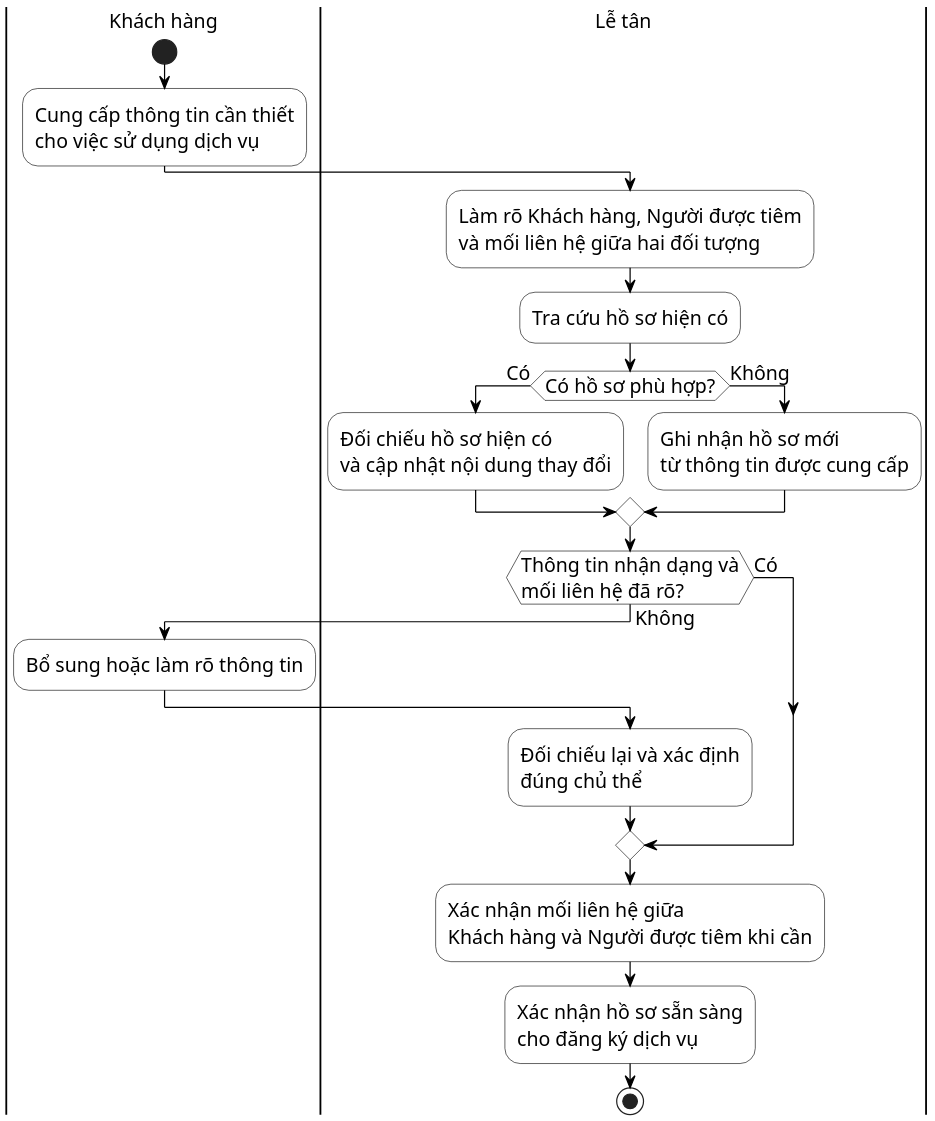
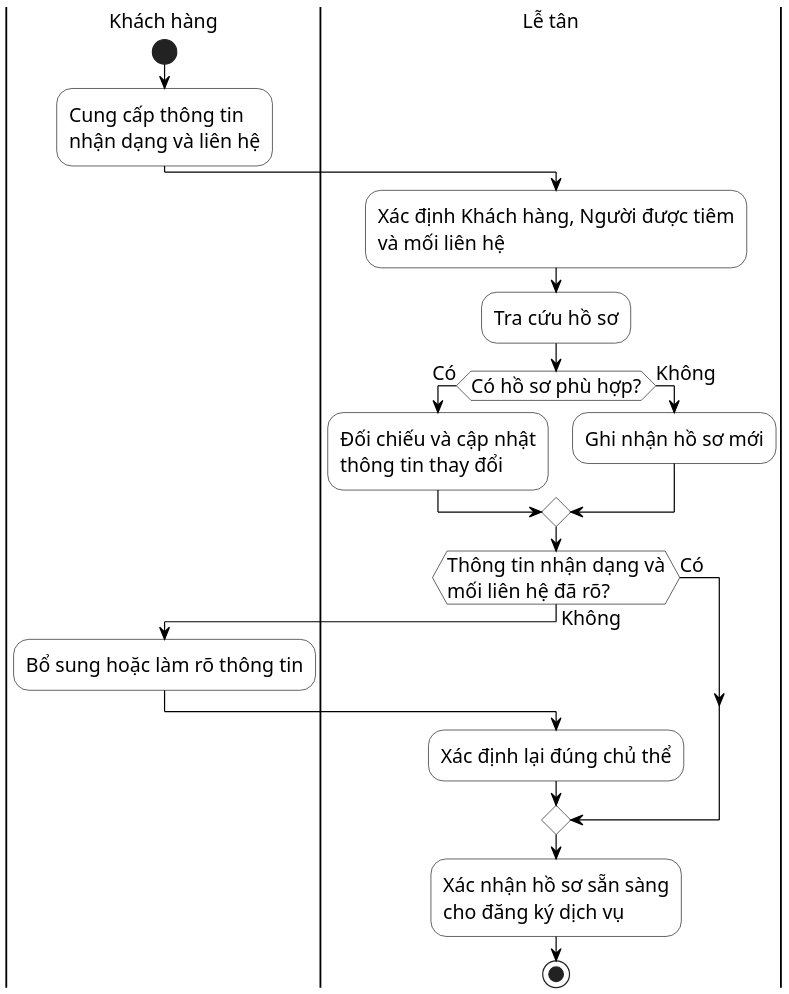
The diagram in docs/thesis/uml/Hinh_2_3_Activity_Quan_Ly_Ho_So.puml (datngo1203/KLCN-QuanLyTiemChung), drawn with PlantUML before and after one commit. The commit also changed 6 other files, not shown here.

Commit message:
docs: compact business activity flow wording

```diff
--- a/docs/thesis/uml/Hinh_2_3_Activity_Quan_Ly_Ho_So.puml
+++ b/docs/thesis/uml/Hinh_2_3_Activity_Quan_Ly_Ho_So.puml
@@ -1,40 +1,41 @@
 @startuml
-' HUIT UML Visual Profile v1 - compact-fixed layout
+' HUIT UML Visual Profile v1 - compact data-aware layout
 skinparam monochrome true
 skinparam shadowing false
 skinparam backgroundColor white
 skinparam defaultFontName "Times New Roman"
 skinparam defaultFontSize 16
 skinparam ArrowColor black
 skinparam ActivityBorderColor black
 skinparam ActivityBackgroundColor white
 skinparam PartitionBorderColor black
 skinparam PartitionBackgroundColor white
+skinparam nodesep 20
+skinparam ranksep 24
 skinparam dpi 180
 
 |Khách hàng|
 start
-:Cung cấp thông tin cần thiết\ncho việc sử dụng dịch vụ;
+:Cung cấp thông tin\nnhận dạng và liên hệ;
 
 |Lễ tân|
-:Làm rõ Khách hàng, Người được tiêm\nvà mối liên hệ giữa hai đối tượng;
-:Tra cứu hồ sơ hiện có;
+:Xác định Khách hàng, Người được tiêm\nvà mối liên hệ;
+:Tra cứu hồ sơ;
 
 if (Có hồ sơ phù hợp?) then (Có)
-  :Đối chiếu hồ sơ hiện có\nvà cập nhật nội dung thay đổi;
+  :Đối chiếu và cập nhật\nthông tin thay đổi;
 else (Không)
-  :Ghi nhận hồ sơ mới\ntừ thông tin được cung cấp;
+  :Ghi nhận hồ sơ mới;
 endif
 
 if (Thông tin nhận dạng và\nmối liên hệ đã rõ?) then (Có)
 else (Không)
   |Khách hàng|
   :Bổ sung hoặc làm rõ thông tin;
   |Lễ tân|
-  :Đối chiếu lại và xác định\nđúng chủ thể;
+  :Xác định lại đúng chủ thể;
 endif
 
-:Xác nhận mối liên hệ giữa\nKhách hàng và Người được tiêm khi cần;
 :Xác nhận hồ sơ sẵn sàng\ncho đăng ký dịch vụ;
 stop
 @enduml
```
